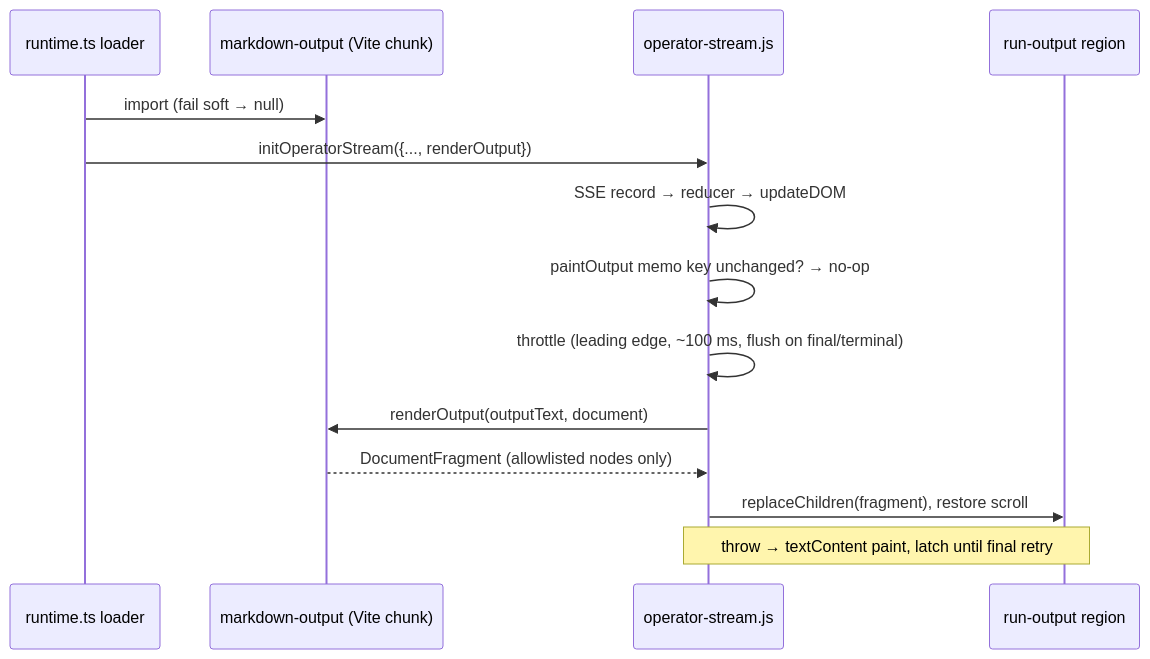
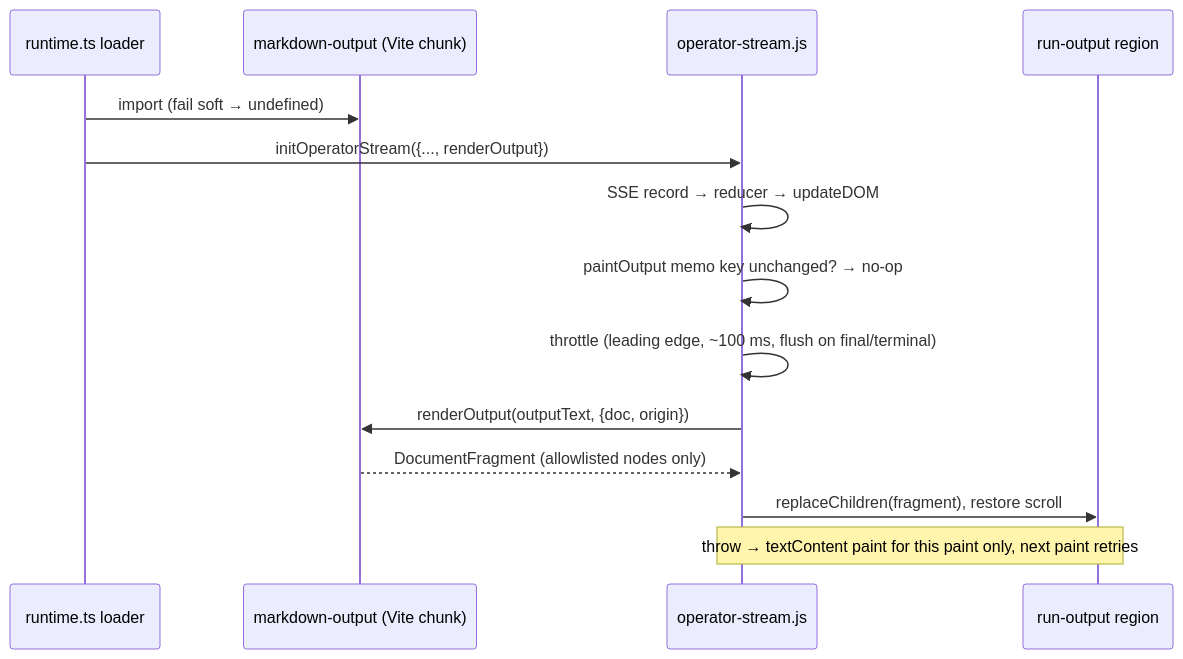
The diagram in docs/plans/2026-10-16-001-feat-run-output-markdown-plan.md (fro-bot/dashboard), drawn with Mermaid before and after one commit. The commit also changed other lines of this file, not shown here.

Commit message:
docs(plans): fold document review into the run output Markdown plan

````diff
--- a/docs/plans/2026-10-16-001-feat-run-output-markdown-plan.md
+++ b/docs/plans/2026-10-16-001-feat-run-output-markdown-plan.md
@@ -216,16 +233,16 @@
 ```mermaid
 sequenceDiagram
   participant RT as runtime.ts loader
   participant MD as markdown-output (Vite chunk)
   participant ST as operator-stream.js
   participant DOM as run-output region
-  RT->>MD: import (fail soft → null)
+  RT->>MD: import (fail soft → undefined)
   RT->>ST: initOperatorStream({..., renderOutput})
   ST->>ST: SSE record → reducer → updateDOM
   ST->>ST: paintOutput memo key unchanged? → no-op
   ST->>ST: throttle (leading edge, ~100 ms, flush on final/terminal)
-  ST->>MD: renderOutput(outputText, document)
+  ST->>MD: renderOutput(outputText, {doc, origin})
   MD-->>ST: DocumentFragment (allowlisted nodes only)
   ST->>DOM: replaceChildren(fragment), restore scroll
-  Note over ST,DOM: throw → textContent paint, latch until final retry
+  Note over ST,DOM: throw → textContent paint for this paint only, next paint retries
 ```
````
